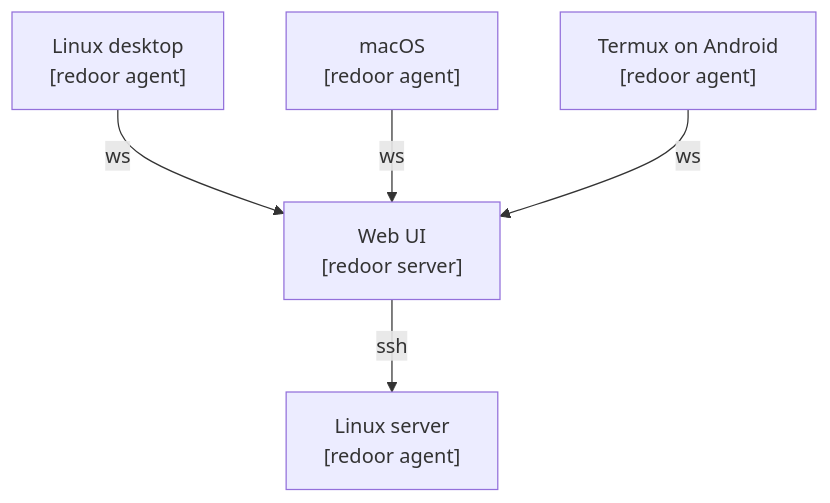
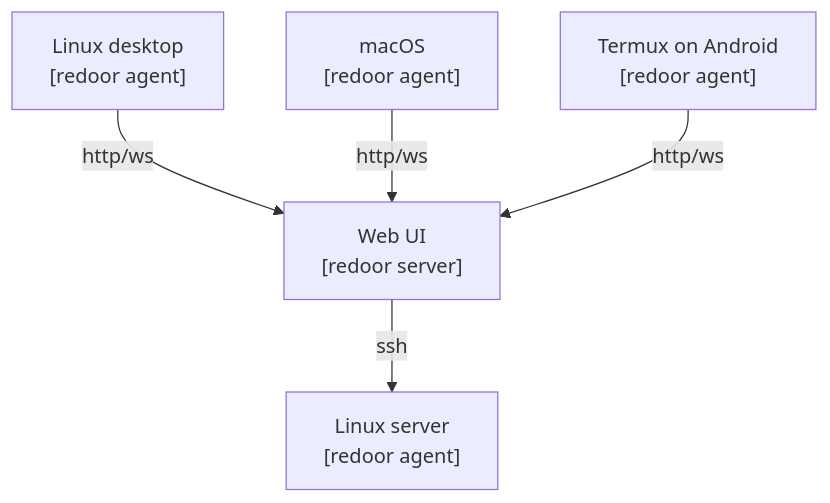
One commit to esamattis/redoor changed the diagram in README.md. Above: the diagram before and after it, drawn with Mermaid. The commit also changed other lines of this file, not shown here.

Commit message:
Enhance README with file browser features
Expanded description of the server's file browser features, including direct search, file editing, download, upload, and streaming file and directory copying between agents.

````diff
--- a/README.md
+++ b/README.md
@@ -7,13 +7,13 @@
 ```mermaid
 graph TD
     Server["Web UI
 [redoor server]"]
     Server -->|ssh| LinuxServer["Linux server
 [redoor agent]"]
     LinuxDesktop["Linux desktop
-[redoor agent]"] -->|ws| Server
+[redoor agent]"] -->|http/ws| Server
     macOS["macOS
-[redoor agent]"] -->|ws| Server
+[redoor agent]"] -->|http/ws| Server
     Termux["Termux on Android
-[redoor agent]"] -->|ws| Server
+[redoor agent]"] -->|http/ws| Server
 ```
````
